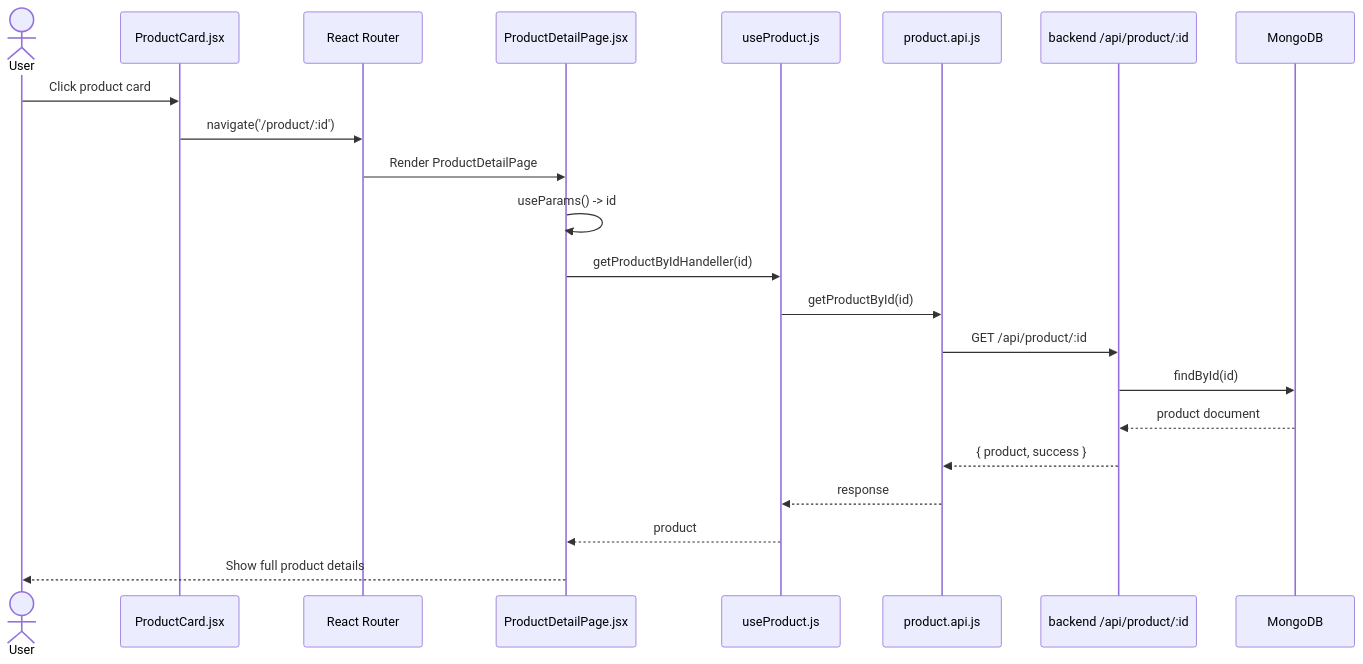
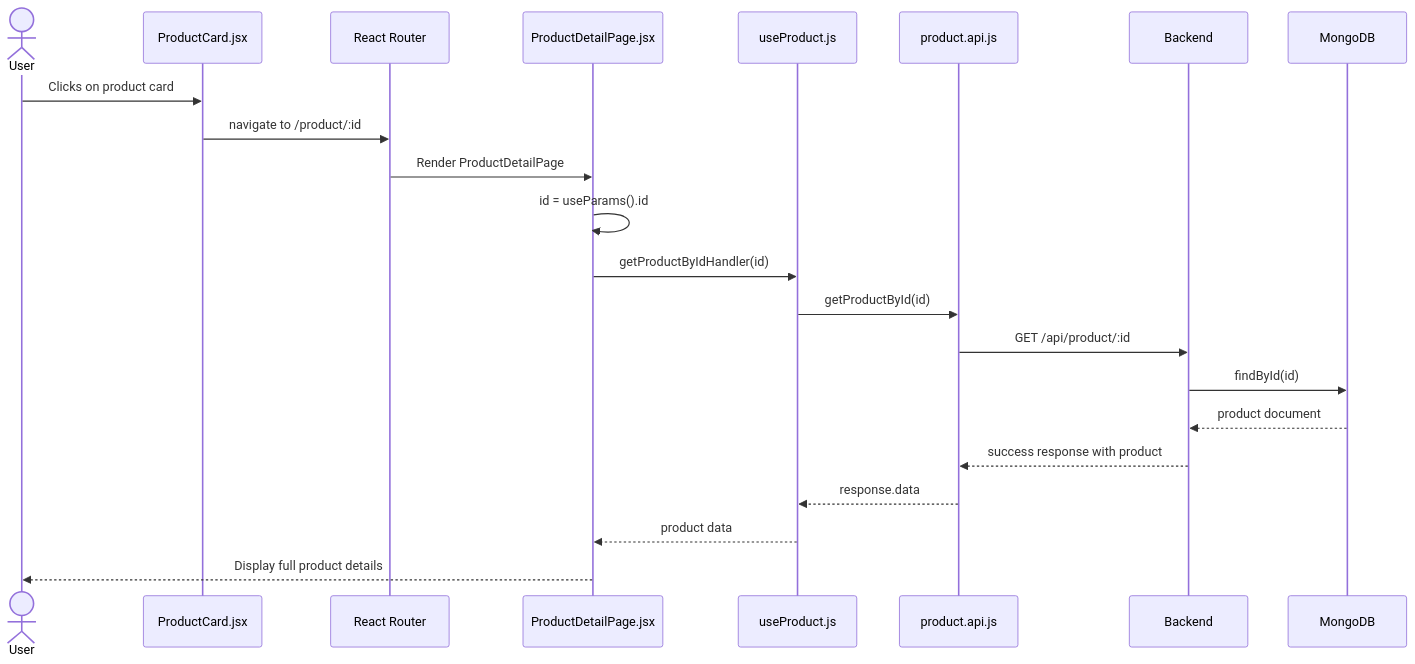
The first of 2 diagrams in step/TODAYS_PRODUCT_CLICK_FLOW.md (ritam-g/maty-shop), drawn with Mermaid before and after one commit. The commit also changed other lines of this file, not shown here.

First line of the commit message:
chore: reformat product click flow documentation for consistency

````diff
--- a/step/TODAYS_PRODUCT_CLICK_FLOW.md
+++ b/step/TODAYS_PRODUCT_CLICK_FLOW.md
@@ -107,25 +116,25 @@
 ```mermaid
 sequenceDiagram
-    actor U as User
+    actor User
     participant PC as ProductCard.jsx
     participant RT as React Router
     participant PD as ProductDetailPage.jsx
     participant HK as useProduct.js
     participant API as product.api.js
-    participant BE as backend /api/product/:id
+    participant BE as Backend
     participant DB as MongoDB
 
-    U->>PC: Click product card
-    PC->>RT: navigate('/product/:id')
+    User->>PC: Clicks on product card
+    PC->>RT: navigate to /product/:id
     RT->>PD: Render ProductDetailPage
-    PD->>PD: useParams() -> id
-    PD->>HK: getProductByIdHandeller(id)
+    PD->>PD: id = useParams().id
+    PD->>HK: getProductByIdHandler(id)
     HK->>API: getProductById(id)
     API->>BE: GET /api/product/:id
     BE->>DB: findById(id)
     DB-->>BE: product document
-    BE-->>API: { product, success }
-    API-->>HK: response
-    HK-->>PD: product
-    PD-->>U: Show full product details
+    BE-->>API: success response with product
+    API-->>HK: response.data
+    HK-->>PD: product data
+    PD-->>User: Display full product details
 ```
````
